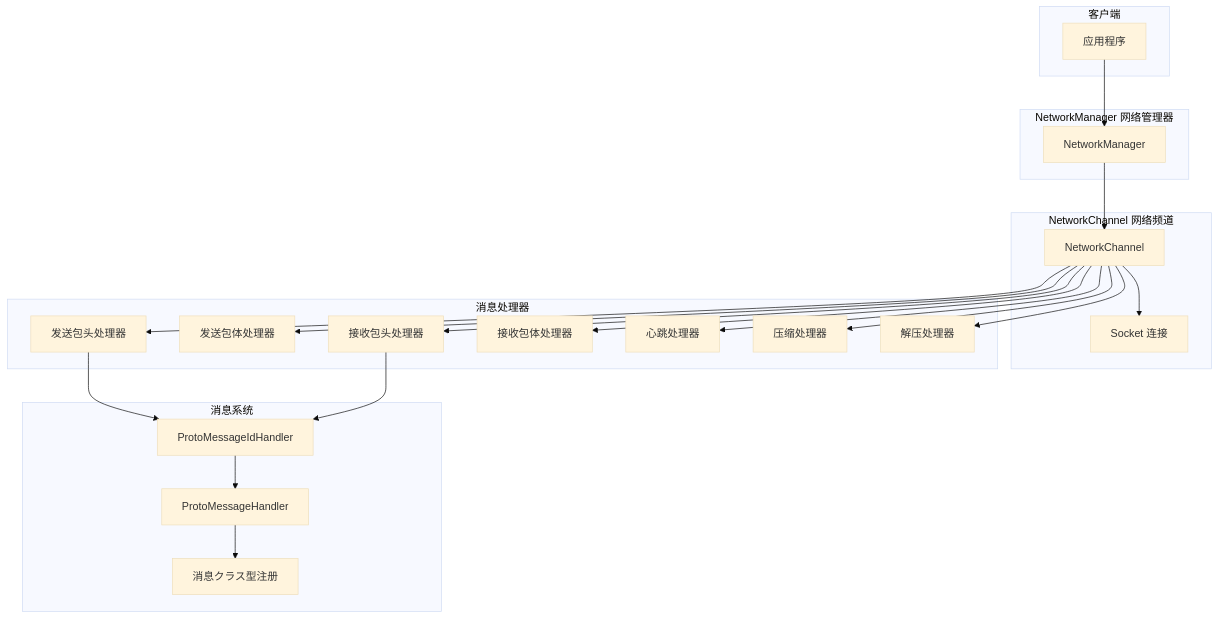
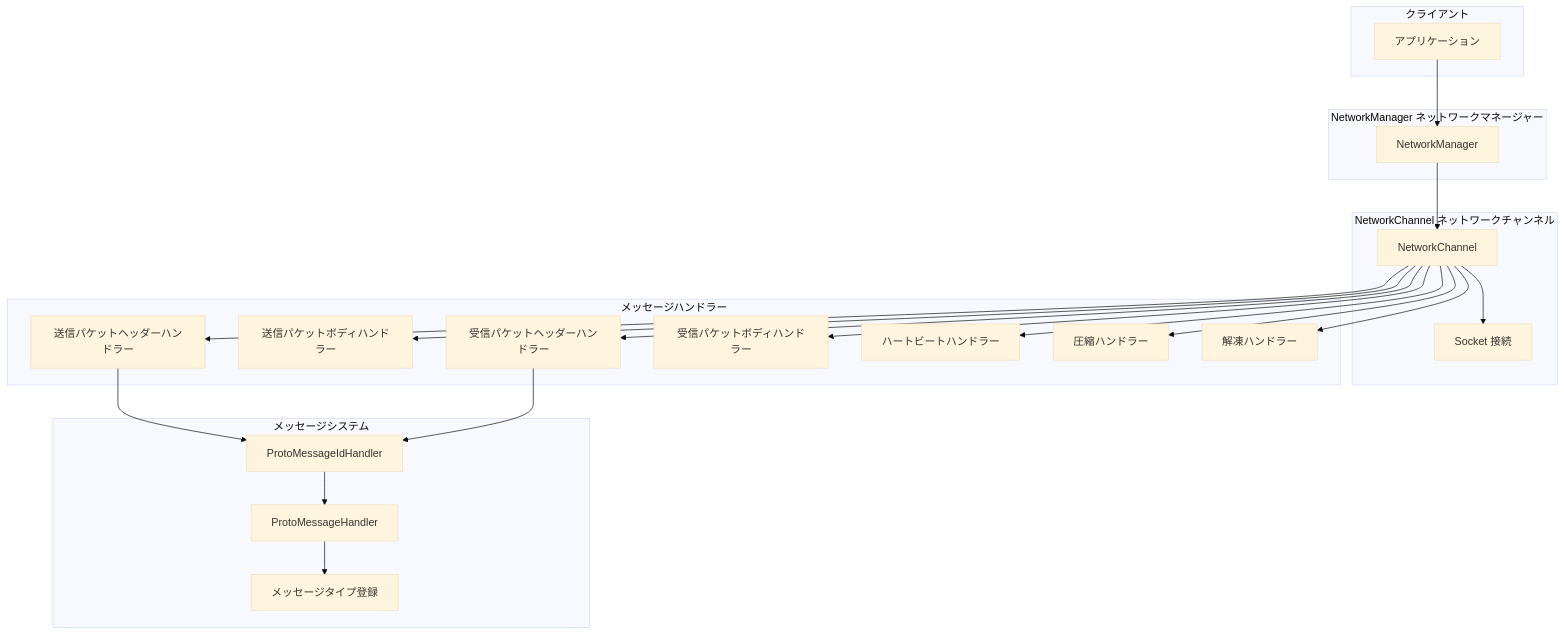
Before and after one commit to AlianBlank/GameFrameX.Docs: the first of 3 diagrams in docs/ja/client/unity/component/network/03.getting-started.md, drawn with Mermaid (base theme). The commit also changed other lines of this file and 320 other files, not shown here.

````diff
--- a/docs/ja/client/unity/component/network/03.getting-started.md
+++ b/docs/ja/client/unity/component/network/03.getting-started.md
@@ -16,46 +16,46 @@
 ```mermaid
 graph TD
-    subgraph Client["客户端"]
-        App[应用程序]
+    subgraph Client["クライアント"]
+        App[アプリケーション]
     end
 
-    subgraph NetworkManager["NetworkManager 网络管理器"]
+    subgraph NetworkManager["NetworkManager ネットワークマネージャー"]
         NM[NetworkManager]
     end
 
-    subgraph NetworkChannel["NetworkChannel 网络频道"]
+    subgraph NetworkChannel["NetworkChannel ネットワークチャンネル"]
         NC[NetworkChannel]
-        Socket[Socket 连接]
+        Socket[Socket 接続]
     end
 
-    subgraph Handlers["消息处理器"]
-        SendHeader[发送包头处理器]
-        SendBody[发送包体处理器]
-        RecvHeader[接收包头处理器]
-        RecvBody[接收包体处理器]
-        HeartBeat[心跳处理器]
-        Compress[压缩处理器]
-        Decompress[解压处理器]
+    subgraph Handlers["メッセージハンドラー"]
+        SendHeader[送信パケットヘッダーハンドラー]
+        SendBody[送信パケットボディハンドラー]
+        RecvHeader[受信パケットヘッダーハンドラー]
+        RecvBody[受信パケットボディハンドラー]
+        HeartBeat[ハートビートハンドラー]
+        Compress[圧縮ハンドラー]
+        Decompress[解凍ハンドラー]
     end
 
-    subgraph Message["消息系统"]
+    subgraph Message["メッセージシステム"]
         ProtoId[ProtoMessageIdHandler]
         ProtoHandler[ProtoMessageHandler]
-        MsgTypes[消息クラス型注册]
+        MsgTypes[メッセージタイプ登録]
     end
 
     App --> NM
     NM --> NC
     NC --> Socket
     NC --> SendHeader
     NC --> SendBody
     NC --> RecvHeader
     NC --> RecvBody
     NC --> HeartBeat
     NC --> Compress
     NC --> Decompress
     SendHeader --> ProtoId
     RecvHeader --> ProtoId
     ProtoId --> ProtoHandler
     ProtoHandler --> MsgTypes
 ```
````
